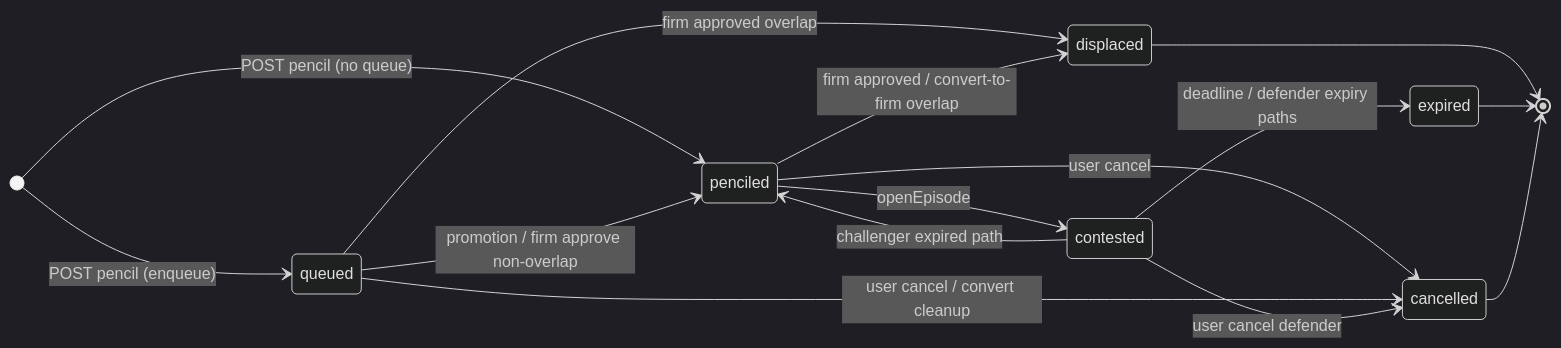
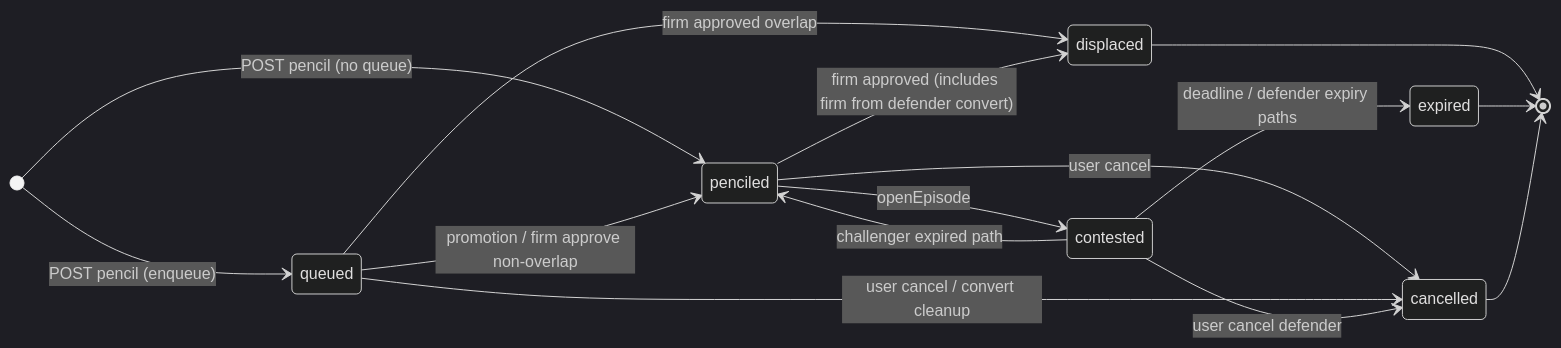
The first of 3 diagrams in docs/booking-transition-catalog-seed.md (RodFlores27/SP2), drawn with Mermaid (dark theme) before and after one commit. The commit also changed other lines of this file and 29 other files, not shown here.

First line of the commit message:
feat(booking): improve contention UX, staff approvals visibility, and booking status flows

````diff
--- a/docs/booking-transition-catalog-seed.md
+++ b/docs/booking-transition-catalog-seed.md
@@ -168,18 +168,18 @@
 ```mermaid
 stateDiagram-v2
   direction LR
   [*] --> penciled: POST pencil (no queue)
   [*] --> queued: POST pencil (enqueue)
   penciled --> contested: openEpisode
   contested --> penciled: challenger expired path
   contested --> expired: deadline / defender expiry paths
   queued --> penciled: promotion / firm approve non-overlap
   queued --> displaced: firm approved overlap
-  penciled --> displaced: firm approved / convert-to-firm overlap
+  penciled --> displaced: firm approved (includes firm from defender convert)
   penciled --> cancelled: user cancel
   queued --> cancelled: user cancel / convert cleanup
   contested --> cancelled: user cancel defender
   displaced --> [*]
   expired --> [*]
   cancelled --> [*]
 ```
````
